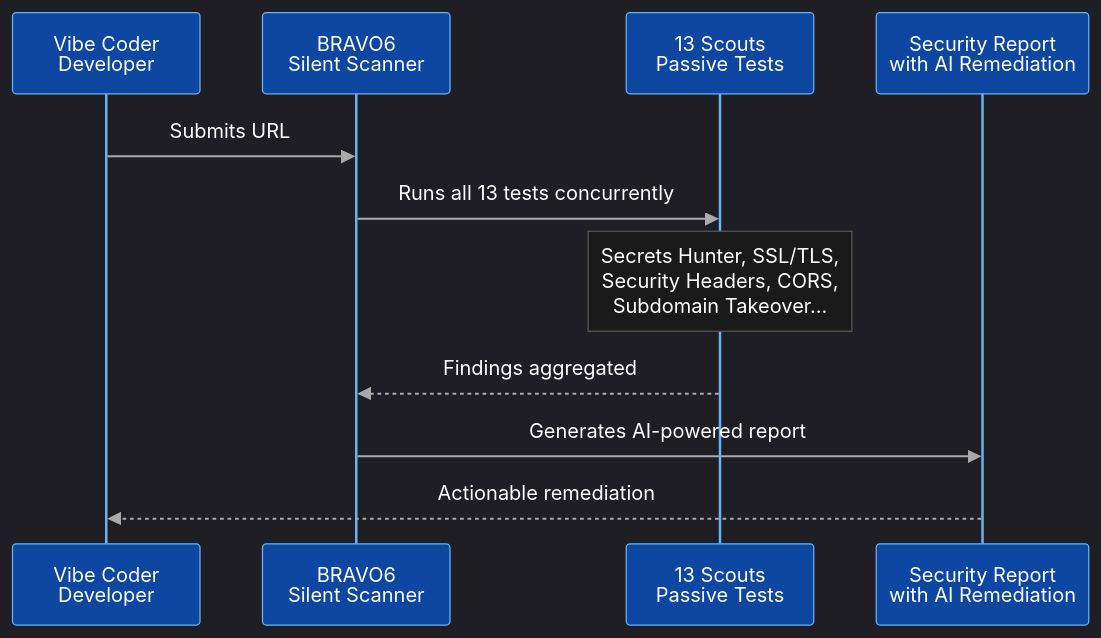
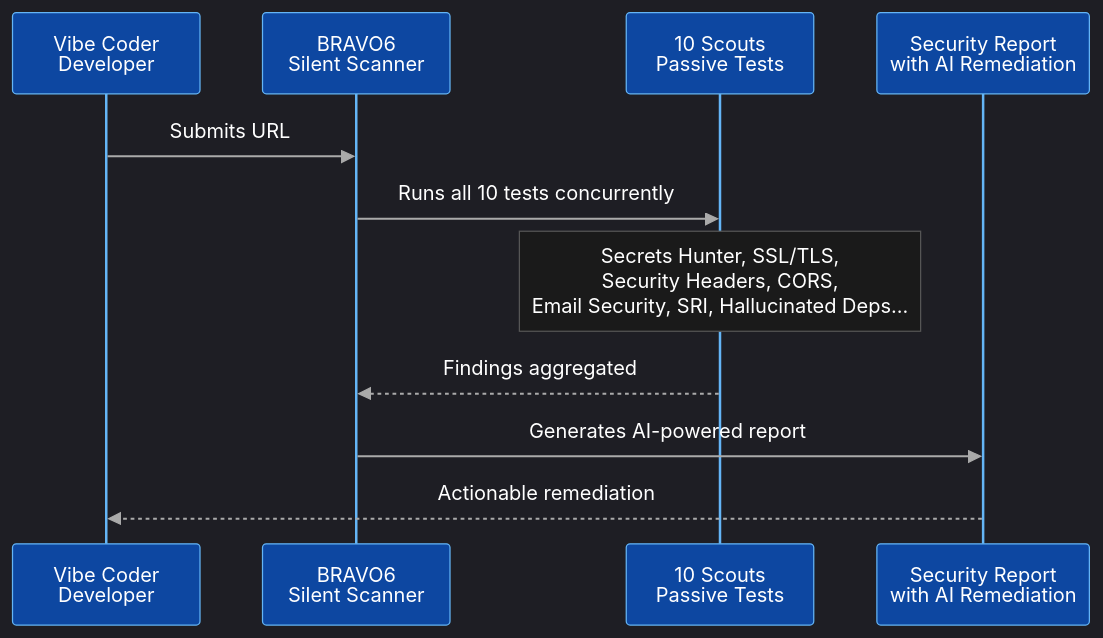
One commit to amramer101/Bravo6-RS changed the diagram in docs/index.md. Above: the diagram before and after it, drawn with Mermaid. The commit also changed other lines of this file and 2 other files, not shown here.

Commit message:
docs: correct scout count to 10; retire superseded future-work stubs
Phase 1c hygiene:
- README.md / docs/index.md: scout count was variously "7", "8", and "13";
  all corrected to 10 to match src/worker/README.md (already accurate).
  Dropped the stale "CORS prototyped but not wired" line (test_08 is
  wired) and the nonexistent "Subdomain Takeover" scout from the diagram.
- future-work/code-scan/test_14_subresource_integrity_sri.py and
  test_15_hallucinated_deps.py were earlier-numbered drafts of what
  shipped as test_09_sri.py / test_10_hallucinated_deps.py. Moved to
  future-work/code-scan/superseded/ with a README mapping so nobody cites
  the wrong test_NN number. test_03_mixed_content.py and
  test_16_ai_exposure.py stay (genuinely unshipped).
- Deleted src/worker/.bravo6_lib_cache.json -- dead artifact, referenced
  by no code anywhere in the repo, untracked.

Claude-Session: https://claude.ai/code/session_01A7Ld8wcnwuVYkk6CPTYyno

````diff
--- a/docs/index.md
+++ b/docs/index.md
@@ -47,37 +47,37 @@
 ```mermaid
 %%{init: {
   'theme': 'dark',
   'themeVariables': {
     'primaryColor': '#0D47A1',
     'primaryBorderColor': '#64B5F6',
     'lineColor': '#aaa',
     'secondaryColor': '#1A237E',
     'tertiaryColor': '#311B92',
     'actorBkg': '#0D47A1',
     'actorBorder': '#64B5F6',
     'actorTextColor': '#fff',
     'actorLineColor': '#64B5F6',
     'signalColor': '#aaa',
     'signalTextColor': '#fff',
     'labelBoxBkgColor': '#1B5E20',
     'labelBoxBorderColor': '#81C784',
     'labelTextColor': '#fff',
     'loopTextColor': '#fff',
     'noteBorderColor': '#555',
     'noteBkgColor': '#1a1a1a',
     'noteTextColor': '#fff'
   }
 }}%%
 sequenceDiagram
     participant VibeCoder as Vibe Coder<br>Developer
     participant BRAVO6 as BRAVO6<br>Silent Scanner
-    participant Scouts as 13 Scouts<br>Passive Tests
+    participant Scouts as 10 Scouts<br>Passive Tests
     participant Report as Security Report<br>with AI Remediation
 
     VibeCoder->>BRAVO6: Submits URL
-    BRAVO6->>Scouts: Runs all 13 tests concurrently
-    Note over Scouts: Secrets Hunter, SSL/TLS,<br>Security Headers, CORS,<br>Subdomain Takeover...
+    BRAVO6->>Scouts: Runs all 10 tests concurrently
+    Note over Scouts: Secrets Hunter, SSL/TLS,<br>Security Headers, CORS,<br>Email Security, SRI, Hallucinated Deps...
     Scouts-->>BRAVO6: Findings aggregated
     BRAVO6->>Report: Generates AI-powered report
     Report-->>VibeCoder: Actionable remediation
 ```
````
